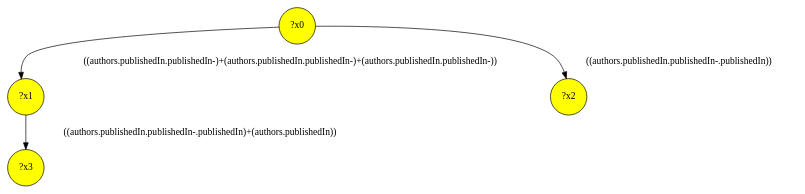
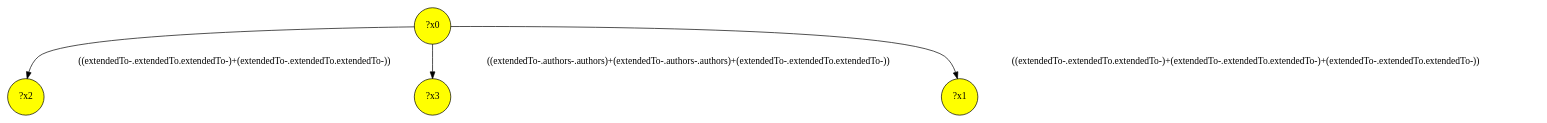
The diagram in demo/test-a/test-a-interface/query-7.dot (gbagan/gmark), drawn with Graphviz before and after one commit. The commit also changed 2835 other files, not shown here.

```diff
--- a/demo/test-a/test-a-interface/query-7.dot
+++ b/demo/test-a/test-a-interface/query-7.dot
@@ -1,9 +1,9 @@
 digraph g {
-	x1 [fillcolor="yellow", style="filled," shape=circle, label="?x1"];
+	x2 [fillcolor="yellow", style="filled," shape=circle, label="?x2"];
 	x0 [fillcolor="yellow", style="filled," shape=circle, label="?x0"];
 	x3 [fillcolor="yellow", style="filled," shape=circle, label="?x3"];
-	x2 [fillcolor="yellow", style="filled," shape=circle, label="?x2"];
-	x0 -> x1 [label="((authors.publishedIn.publishedIn-)+(authors.publishedIn.publishedIn-)+(authors.publishedIn.publishedIn-))"];
-	x0 -> x2 [label="((authors.publishedIn.publishedIn-.publishedIn))"];
-	x1 -> x3 [label="((authors.publishedIn.publishedIn-.publishedIn)+(authors.publishedIn))"];
+	x1 [fillcolor="yellow", style="filled," shape=circle, label="?x1"];
+	x0 -> x1 [label="((extendedTo-.extendedTo.extendedTo-)+(extendedTo-.extendedTo.extendedTo-)+(extendedTo-.extendedTo.extendedTo-))"];
+	x0 -> x2 [label="((extendedTo-.extendedTo.extendedTo-)+(extendedTo-.extendedTo.extendedTo-))"];
+	x0 -> x3 [label="((extendedTo-.authors-.authors)+(extendedTo-.authors-.authors)+(extendedTo-.extendedTo.extendedTo-))"];
 }
```
